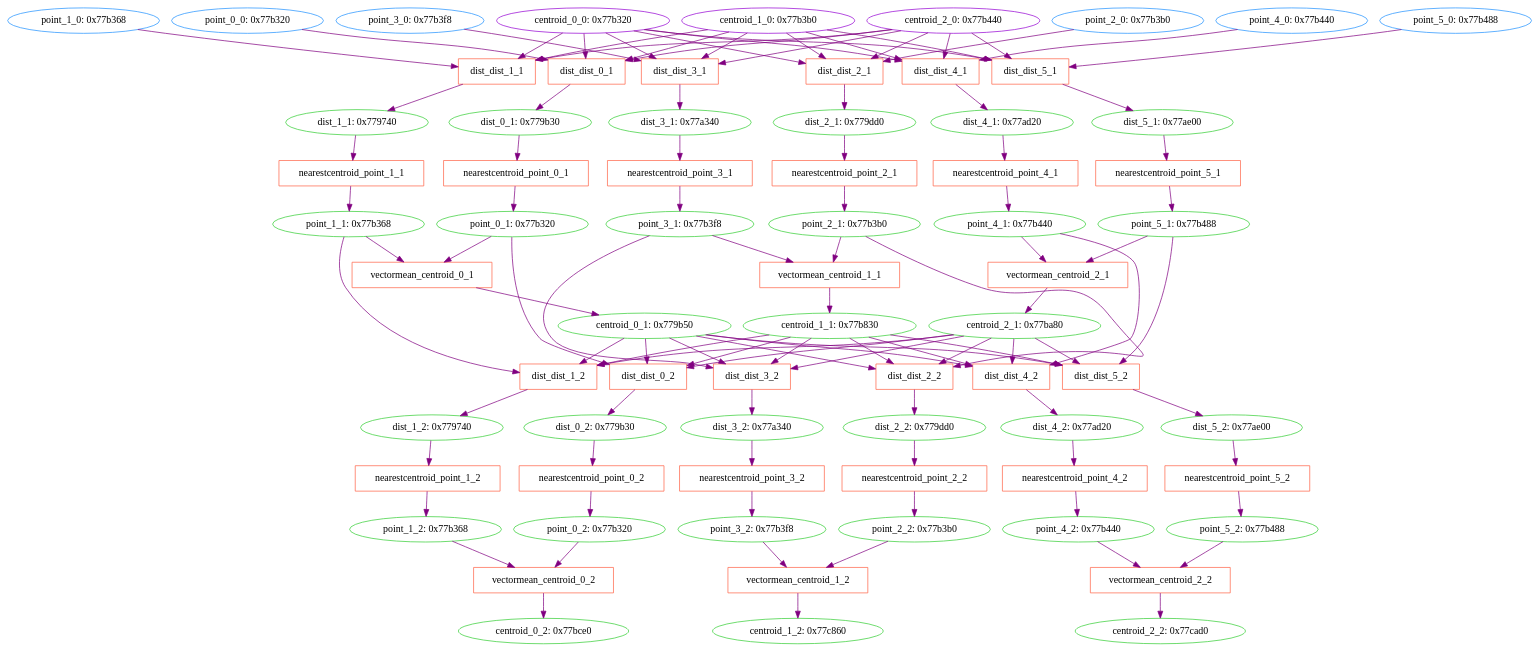
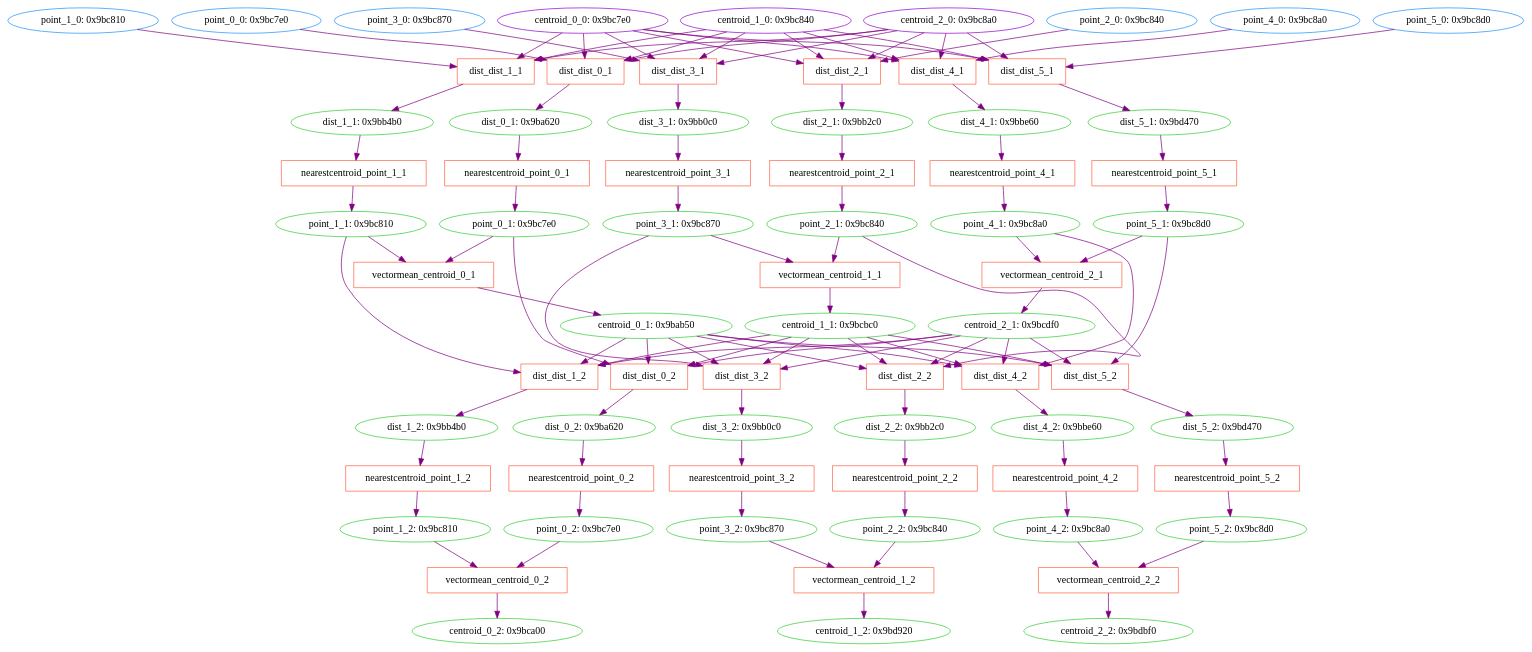
Before and after one commit to milliondegree/PXAI: the diagram in data/toy-kmeans/cprov/test.dot, drawn with Graphviz. The commit also changed 23 other files, not shown here.

```diff
--- a/data/toy-kmeans/cprov/test.dot
+++ b/data/toy-kmeans/cprov/test.dot
@@ -1,72 +1,72 @@
 digraph G {
-0 [label="point_0_0: 0x77b320", shape=oval, color=dodgerblue];
-1 [label="point_1_0: 0x77b368", shape=oval, color=dodgerblue];
-2 [label="point_2_0: 0x77b3b0", shape=oval, color=dodgerblue];
-3 [label="point_3_0: 0x77b3f8", shape=oval, color=dodgerblue];
-4 [label="point_4_0: 0x77b440", shape=oval, color=dodgerblue];
-5 [label="point_5_0: 0x77b488", shape=oval, color=dodgerblue];
-6 [label="centroid_0_0: 0x77b320", shape=oval, color=darkviolet];
-7 [label="centroid_1_0: 0x77b3b0", shape=oval, color=darkviolet];
-8 [label="centroid_2_0: 0x77b440", shape=oval, color=darkviolet];
-9 [label="dist_0_1: 0x779b30", shape=oval, color=limegreen];
+0 [label="point_0_0: 0x9bc7e0", shape=oval, color=dodgerblue];
+1 [label="point_1_0: 0x9bc810", shape=oval, color=dodgerblue];
+2 [label="point_2_0: 0x9bc840", shape=oval, color=dodgerblue];
+3 [label="point_3_0: 0x9bc870", shape=oval, color=dodgerblue];
+4 [label="point_4_0: 0x9bc8a0", shape=oval, color=dodgerblue];
+5 [label="point_5_0: 0x9bc8d0", shape=oval, color=dodgerblue];
+6 [label="centroid_0_0: 0x9bc7e0", shape=oval, color=darkviolet];
+7 [label="centroid_1_0: 0x9bc840", shape=oval, color=darkviolet];
+8 [label="centroid_2_0: 0x9bc8a0", shape=oval, color=darkviolet];
+9 [label="dist_0_1: 0x9ba620", shape=oval, color=limegreen];
 10 [label="dist_dist_0_1", shape=box, color=tomato];
-11 [label="point_0_1: 0x77b320", shape=oval, color=limegreen];
+11 [label="point_0_1: 0x9bc7e0", shape=oval, color=limegreen];
 12 [label="nearestcentroid_point_0_1", shape=box, color=tomato];
-13 [label="dist_1_1: 0x779740", shape=oval, color=limegreen];
+13 [label="dist_1_1: 0x9bb4b0", shape=oval, color=limegreen];
 14 [label="dist_dist_1_1", shape=box, color=tomato];
-15 [label="point_1_1: 0x77b368", shape=oval, color=limegreen];
+15 [label="point_1_1: 0x9bc810", shape=oval, color=limegreen];
 16 [label="nearestcentroid_point_1_1", shape=box, color=tomato];
-17 [label="dist_2_1: 0x779dd0", shape=oval, color=limegreen];
+17 [label="dist_2_1: 0x9bb2c0", shape=oval, color=limegreen];
 18 [label="dist_dist_2_1", shape=box, color=tomato];
-19 [label="point_2_1: 0x77b3b0", shape=oval, color=limegreen];
+19 [label="point_2_1: 0x9bc840", shape=oval, color=limegreen];
 20 [label="nearestcentroid_point_2_1", shape=box, color=tomato];
-21 [label="dist_3_1: 0x77a340", shape=oval, color=limegreen];
+21 [label="dist_3_1: 0x9bb0c0", shape=oval, color=limegreen];
 22 [label="dist_dist_3_1", shape=box, color=tomato];
-23 [label="point_3_1: 0x77b3f8", shape=oval, color=limegreen];
+23 [label="point_3_1: 0x9bc870", shape=oval, color=limegreen];
 24 [label="nearestcentroid_point_3_1", shape=box, color=tomato];
-25 [label="dist_4_1: 0x77ad20", shape=oval, color=limegreen];
+25 [label="dist_4_1: 0x9bbe60", shape=oval, color=limegreen];
 26 [label="dist_dist_4_1", shape=box, color=tomato];
-27 [label="point_4_1: 0x77b440", shape=oval, color=limegreen];
+27 [label="point_4_1: 0x9bc8a0", shape=oval, color=limegreen];
 28 [label="nearestcentroid_point_4_1", shape=box, color=tomato];
-29 [label="dist_5_1: 0x77ae00", shape=oval, color=limegreen];
+29 [label="dist_5_1: 0x9bd470", shape=oval, color=limegreen];
 30 [label="dist_dist_5_1", shape=box, color=tomato];
-31 [label="point_5_1: 0x77b488", shape=oval, color=limegreen];
+31 [label="point_5_1: 0x9bc8d0", shape=oval, color=limegreen];
 32 [label="nearestcentroid_point_5_1", shape=box, color=tomato];
-33 [label="centroid_0_1: 0x779b50", shape=oval, color=limegreen];
+33 [label="centroid_0_1: 0x9bab50", shape=oval, color=limegreen];
 34 [label="vectormean_centroid_0_1", shape=box, color=tomato];
-35 [label="centroid_1_1: 0x77b830", shape=oval, color=limegreen];
+35 [label="centroid_1_1: 0x9bcbc0", shape=oval, color=limegreen];
 36 [label="vectormean_centroid_1_1", shape=box, color=tomato];
-37 [label="centroid_2_1: 0x77ba80", shape=oval, color=limegreen];
+37 [label="centroid_2_1: 0x9bcdf0", shape=oval, color=limegreen];
 38 [label="vectormean_centroid_2_1", shape=box, color=tomato];
-39 [label="dist_0_2: 0x779b30", shape=oval, color=limegreen];
+39 [label="dist_0_2: 0x9ba620", shape=oval, color=limegreen];
 40 [label="dist_dist_0_2", shape=box, color=tomato];
-41 [label="point_0_2: 0x77b320", shape=oval, color=limegreen];
+41 [label="point_0_2: 0x9bc7e0", shape=oval, color=limegreen];
 42 [label="nearestcentroid_point_0_2", shape=box, color=tomato];
-43 [label="dist_1_2: 0x779740", shape=oval, color=limegreen];
+43 [label="dist_1_2: 0x9bb4b0", shape=oval, color=limegreen];
 44 [label="dist_dist_1_2", shape=box, color=tomato];
-45 [label="point_1_2: 0x77b368", shape=oval, color=limegreen];
+45 [label="point_1_2: 0x9bc810", shape=oval, color=limegreen];
 46 [label="nearestcentroid_point_1_2", shape=box, color=tomato];
-47 [label="dist_2_2: 0x779dd0", shape=oval, color=limegreen];
+47 [label="dist_2_2: 0x9bb2c0", shape=oval, color=limegreen];
 48 [label="dist_dist_2_2", shape=box, color=tomato];
-49 [label="point_2_2: 0x77b3b0", shape=oval, color=limegreen];
+49 [label="point_2_2: 0x9bc840", shape=oval, color=limegreen];
 50 [label="nearestcentroid_point_2_2", shape=box, color=tomato];
-51 [label="dist_3_2: 0x77a340", shape=oval, color=limegreen];
+51 [label="dist_3_2: 0x9bb0c0", shape=oval, color=limegreen];
 52 [label="dist_dist_3_2", shape=box, color=tomato];
-53 [label="point_3_2: 0x77b3f8", shape=oval, color=limegreen];
+53 [label="point_3_2: 0x9bc870", shape=oval, color=limegreen];
 54 [label="nearestcentroid_point_3_2", shape=box, color=tomato];
-55 [label="dist_4_2: 0x77ad20", shape=oval, color=limegreen];
+55 [label="dist_4_2: 0x9bbe60", shape=oval, color=limegreen];
 56 [label="dist_dist_4_2", shape=box, color=tomato];
-57 [label="point_4_2: 0x77b440", shape=oval, color=limegreen];
+57 [label="point_4_2: 0x9bc8a0", shape=oval, color=limegreen];
 58 [label="nearestcentroid_point_4_2", shape=box, color=tomato];
-59 [label="dist_5_2: 0x77ae00", shape=oval, color=limegreen];
+59 [label="dist_5_2: 0x9bd470", shape=oval, color=limegreen];
 60 [label="dist_dist_5_2", shape=box, color=tomato];
-61 [label="point_5_2: 0x77b488", shape=oval, color=limegreen];
+61 [label="point_5_2: 0x9bc8d0", shape=oval, color=limegreen];
 62 [label="nearestcentroid_point_5_2", shape=box, color=tomato];
-63 [label="centroid_0_2: 0x77bce0", shape=oval, color=limegreen];
+63 [label="centroid_0_2: 0x9bca00", shape=oval, color=limegreen];
 64 [label="vectormean_centroid_0_2", shape=box, color=tomato];
-65 [label="centroid_1_2: 0x77c860", shape=oval, color=limegreen];
+65 [label="centroid_1_2: 0x9bd920", shape=oval, color=limegreen];
 66 [label="vectormean_centroid_1_2", shape=box, color=tomato];
-67 [label="centroid_2_2: 0x77cad0", shape=oval, color=limegreen];
+67 [label="centroid_2_2: 0x9bdbf0", shape=oval, color=limegreen];
 68 [label="vectormean_centroid_2_2", shape=box, color=tomato];
 10->9  [color=purple]
  [label=""];
```
